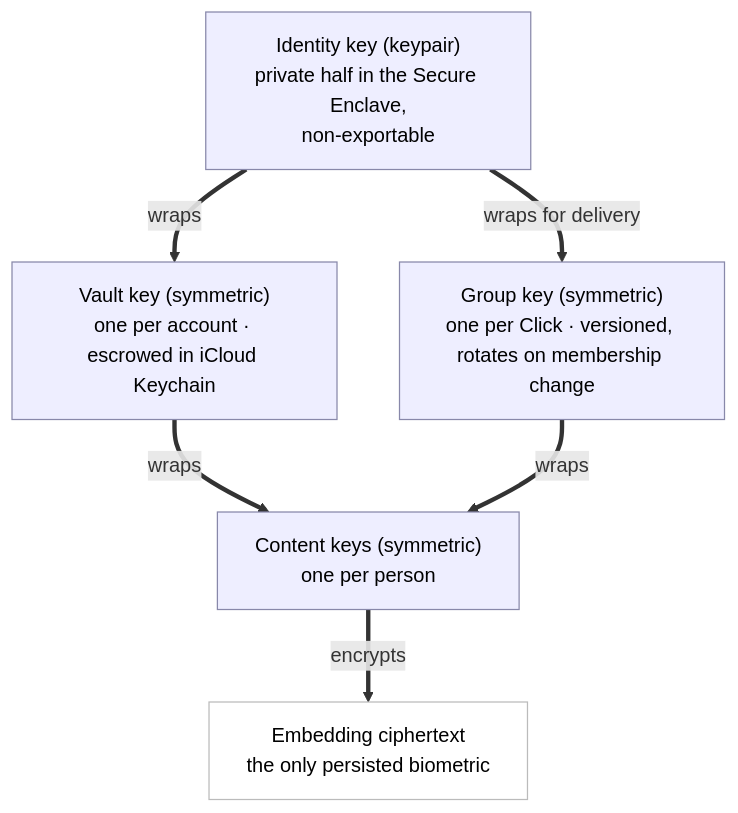
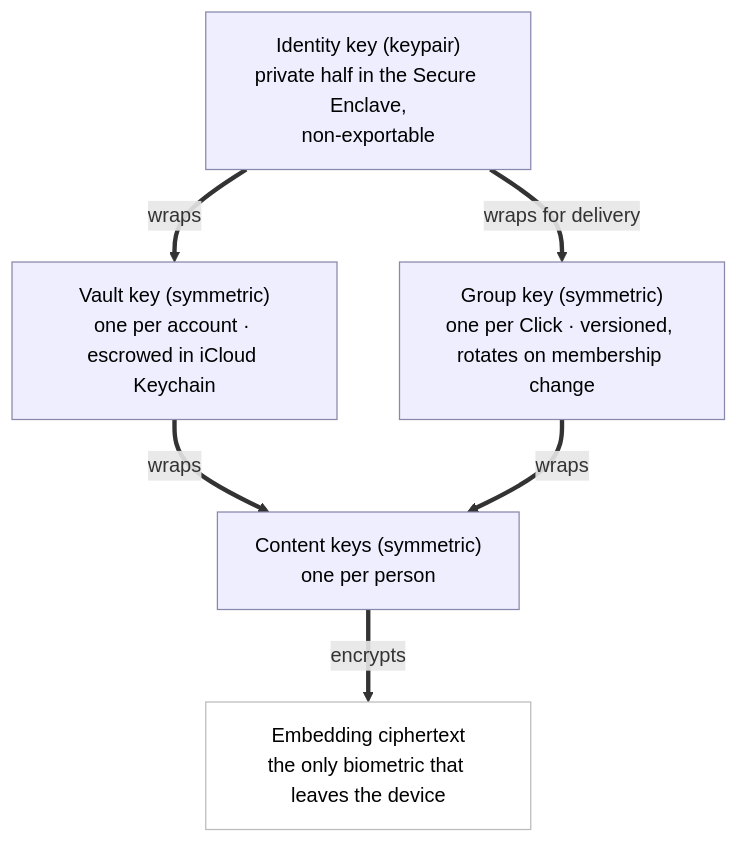
The first of 8 diagrams in PROTOCOL.md (carlheinmostert/myclick-protocol), drawn with Mermaid before and after one commit. The commit also changed other lines of this file, not shown here.

````diff
--- a/PROTOCOL.md
+++ b/PROTOCOL.md
@@ -121,19 +121,19 @@
 ```mermaid
 flowchart TB
     idk["Identity key (keypair)<br/>private half in the Secure Enclave,<br/>non-exportable"]
     vault["Vault key (symmetric)<br/>one per account · escrowed in iCloud Keychain"]
     gk["Group key (symmetric)<br/>one per Click · versioned, rotates on membership change"]
     ck["Content keys (symmetric)<br/>one per person"]
-    emb["Embedding ciphertext<br/>the only persisted biometric"]
+    emb["Embedding ciphertext<br/>the only biometric that leaves the device"]
 
     idk ==>|wraps| vault
     idk ==>|wraps for delivery| gk
     vault ==>|wraps| ck
     gk ==>|wraps| ck
     ck ==>|encrypts| emb
 
     classDef key fill:#eef,stroke:#88a,color:#000;
     classDef plain fill:#fff,stroke:#bbb,color:#000;
     class idk,vault,gk,ck key;
     class emb plain;
 ```
````
